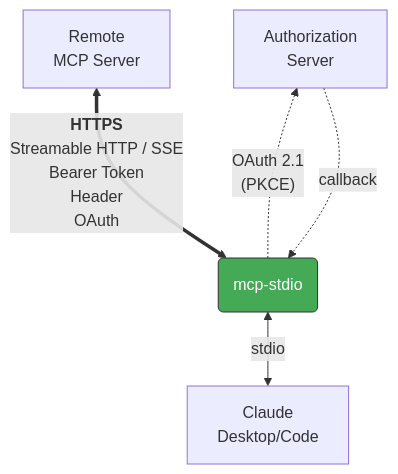
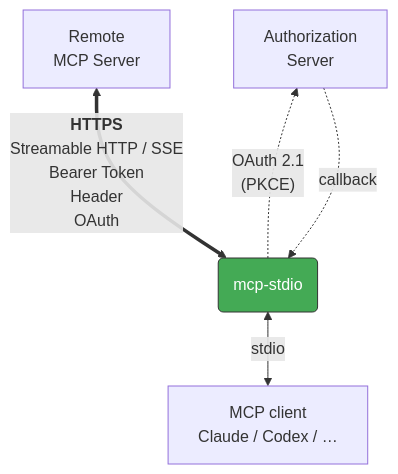
The first of 3 diagrams in README.md (shigechika/mcp-stdio), drawn with Mermaid before and after one commit. The commit also changed other lines of this file and 11 other files, not shown here.

First line of the commit message:
docs: show mcp-stdio works with non-Claude MCP clients (Codex, Meta Muse) (#482)

````diff
--- a/README.md
+++ b/README.md
@@ -18,8 +18,8 @@
 ```mermaid
 flowchart BT
-    A[Claude<br>Desktop/Code] <-- stdio --> B(mcp-stdio)
+    A[MCP client<br>Claude / Codex / …] <-- stdio --> B(mcp-stdio)
     B <== "<b>HTTPS</b><br>Streamable HTTP / SSE<br>Bearer Token<br>Header<br>OAuth" ==> C[Remote<br>MCP Server]
     B -. "OAuth 2.1<br>(PKCE)" .-> D[Authorization<br>Server]
     D -. callback .-> B
     style B fill:#4a5,stroke:#333,color:#fff
 ```
````
